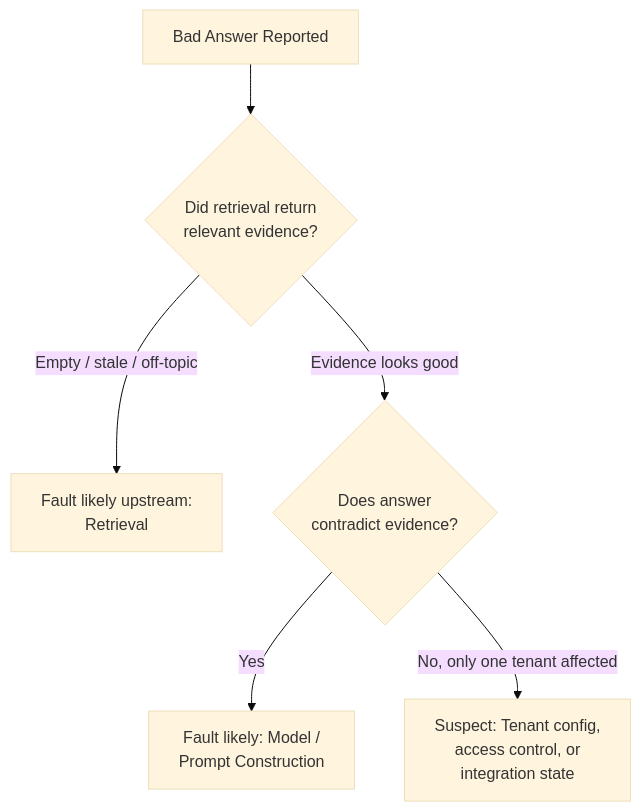
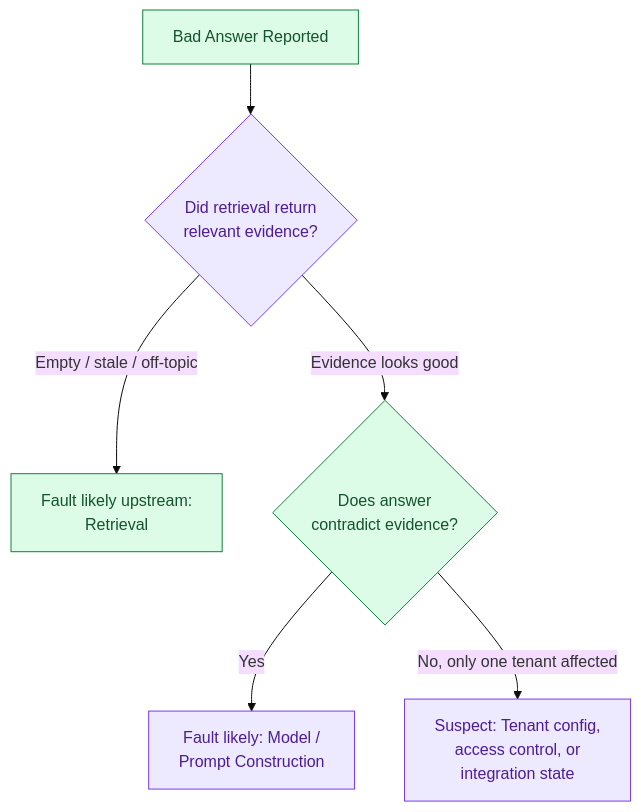
One commit to Sourav692/Forward-Deployed-Engineer-Interview-Prep changed the diagram in site/content/modules/15-fde-case-studies/delivery-evaluation-operations/observability-and-production-diagnosis/full-pack-part-2.md. Above: the diagram before and after it, drawn with Mermaid (base theme). The commit also changed other lines of this file and 1268 other files, not shown here.

First line of the commit message:
content: polish Casebook writing and Mermaid diagrams (#251)

````diff
--- a/site/content/modules/15-fde-case-studies/delivery-evaluation-operations/observability-and-production-diagnosis/full-pack-part-2.md
+++ b/site/content/modules/15-fde-case-studies/delivery-evaluation-operations/observability-and-production-diagnosis/full-pack-part-2.md
@@ -78,8 +87,14 @@
 ```mermaid
 flowchart TD
   START["Bad Answer Reported"] --> CHECK{"Did retrieval return<br/>relevant evidence?"}
   CHECK -->|"Empty / stale / off-topic"| UPSTREAM["Fault likely upstream:<br/>Retrieval"]
   CHECK -->|"Evidence looks good"| CONTRADICT{"Does answer<br/>contradict evidence?"}
   CONTRADICT -->|"Yes"| MODEL["Fault likely: Model /<br/>Prompt Construction"]
   CONTRADICT -->|"No, only one tenant affected"| TENANT["Suspect: Tenant config,<br/>access control, or<br/>integration state"]
+
+    %% Casebook colours: entry, reasoning, results, controls, and stopped paths.
+    classDef cbAction fill:#dcfce7,stroke:#15803d,color:#14532d
+    class START,UPSTREAM,CONTRADICT cbAction
+    classDef cbReason fill:#ede9fe,stroke:#7c3aed,color:#4c1d95
+    class CHECK,MODEL,TENANT cbReason
 ```
````
